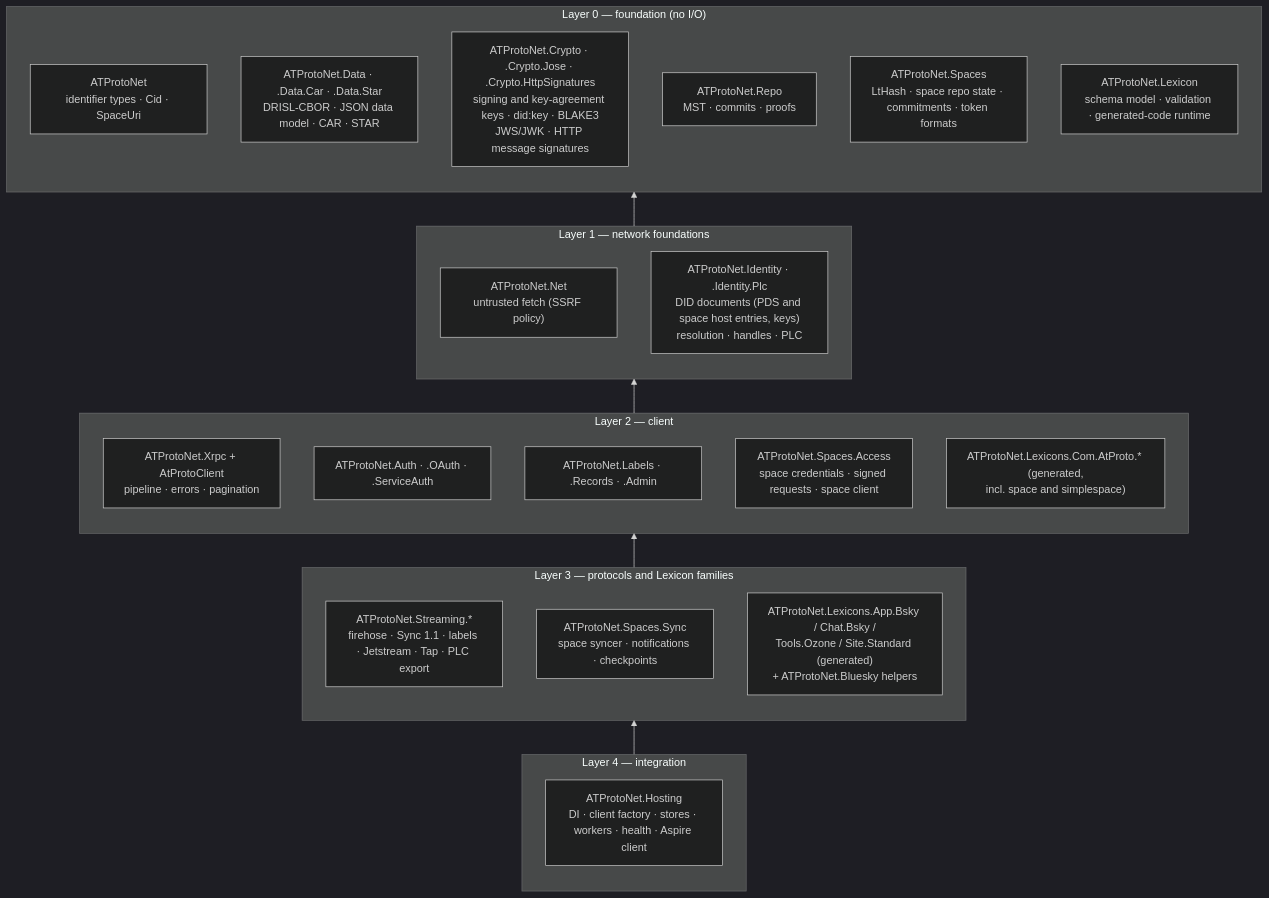
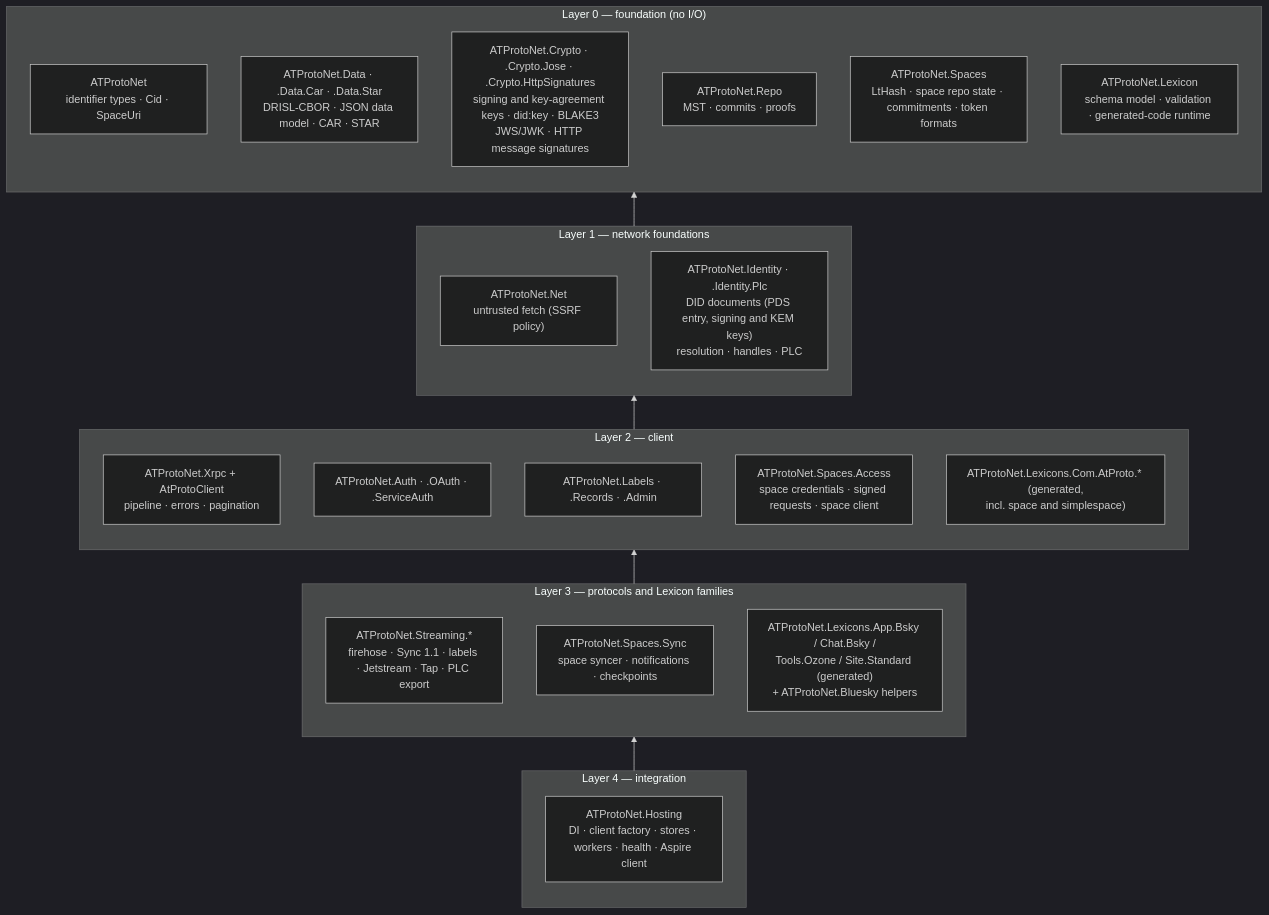
Before and after one commit to Grandiras/ATProto.NET: the second of 6 diagrams in design/02-architecture.md, drawn with Mermaid (dark theme). The commit also changed 10 other files, not shown here.

````diff
--- a/design/02-architecture.md
+++ b/design/02-architecture.md
@@ -60,34 +60,34 @@
 ```mermaid
 flowchart BT
     subgraph L0["Layer 0 — foundation (no I/O)"]
         SYN["ATProtoNet<br/>identifier types · Cid · SpaceUri"]
         DATA["ATProtoNet.Data · .Data.Car · .Data.Star<br/>DRISL-CBOR · JSON data model · CAR · STAR"]
         CRY["ATProtoNet.Crypto · .Crypto.Jose · .Crypto.HttpSignatures<br/>signing and key-agreement keys · did:key · BLAKE3<br/>JWS/JWK · HTTP message signatures"]
         REPO["ATProtoNet.Repo<br/>MST · commits · proofs"]
         SPCD["ATProtoNet.Spaces<br/>LtHash · space repo state · commitments · token formats"]
         LEX["ATProtoNet.Lexicon<br/>schema model · validation · generated-code runtime"]
     end
     subgraph L1["Layer 1 — network foundations"]
         NET["ATProtoNet.Net<br/>untrusted fetch (SSRF policy)"]
-        IDN["ATProtoNet.Identity · .Identity.Plc<br/>DID documents (PDS and space host entries, keys)<br/>resolution · handles · PLC"]
+        IDN["ATProtoNet.Identity · .Identity.Plc<br/>DID documents (PDS entry, signing and KEM keys)<br/>resolution · handles · PLC"]
     end
     subgraph L2["Layer 2 — client"]
         XRPC["ATProtoNet.Xrpc + AtProtoClient<br/>pipeline · errors · pagination"]
         AUTH["ATProtoNet.Auth · .OAuth · .ServiceAuth"]
         MISC["ATProtoNet.Labels · .Records · .Admin"]
         SPCA["ATProtoNet.Spaces.Access<br/>space credentials · signed requests · space client"]
         GCORE["ATProtoNet.Lexicons.Com.AtProto.* (generated,<br/>incl. space and simplespace)"]
     end
     subgraph L3["Layer 3 — protocols and Lexicon families"]
         STR["ATProtoNet.Streaming.*<br/>firehose · Sync 1.1 · labels · Jetstream · Tap · PLC export"]
         SPCS["ATProtoNet.Spaces.Sync<br/>space syncer · notifications · checkpoints"]
         GFAM["ATProtoNet.Lexicons.App.Bsky / Chat.Bsky /<br/>Tools.Ozone / Site.Standard (generated)<br/>+ ATProtoNet.Bluesky helpers"]
     end
     subgraph L4["Layer 4 — integration"]
         HOST["ATProtoNet.Hosting<br/>DI · client factory · stores · workers · health · Aspire client"]
     end
     L1 --> L0
     L2 --> L1
     L3 --> L2
     L4 --> L3
 ```
````
